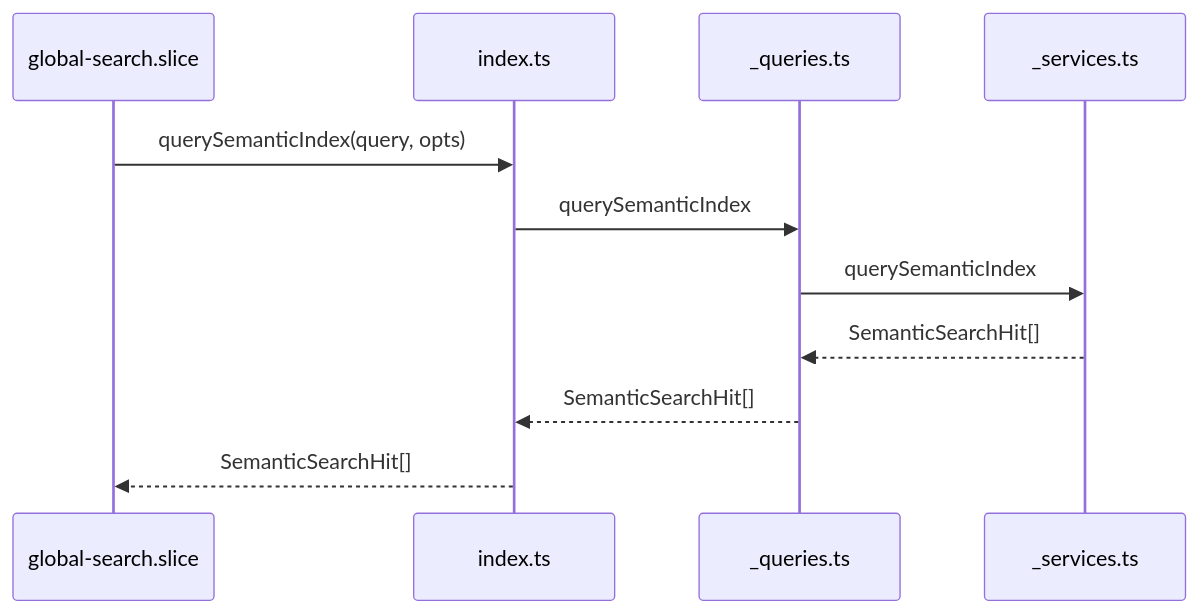
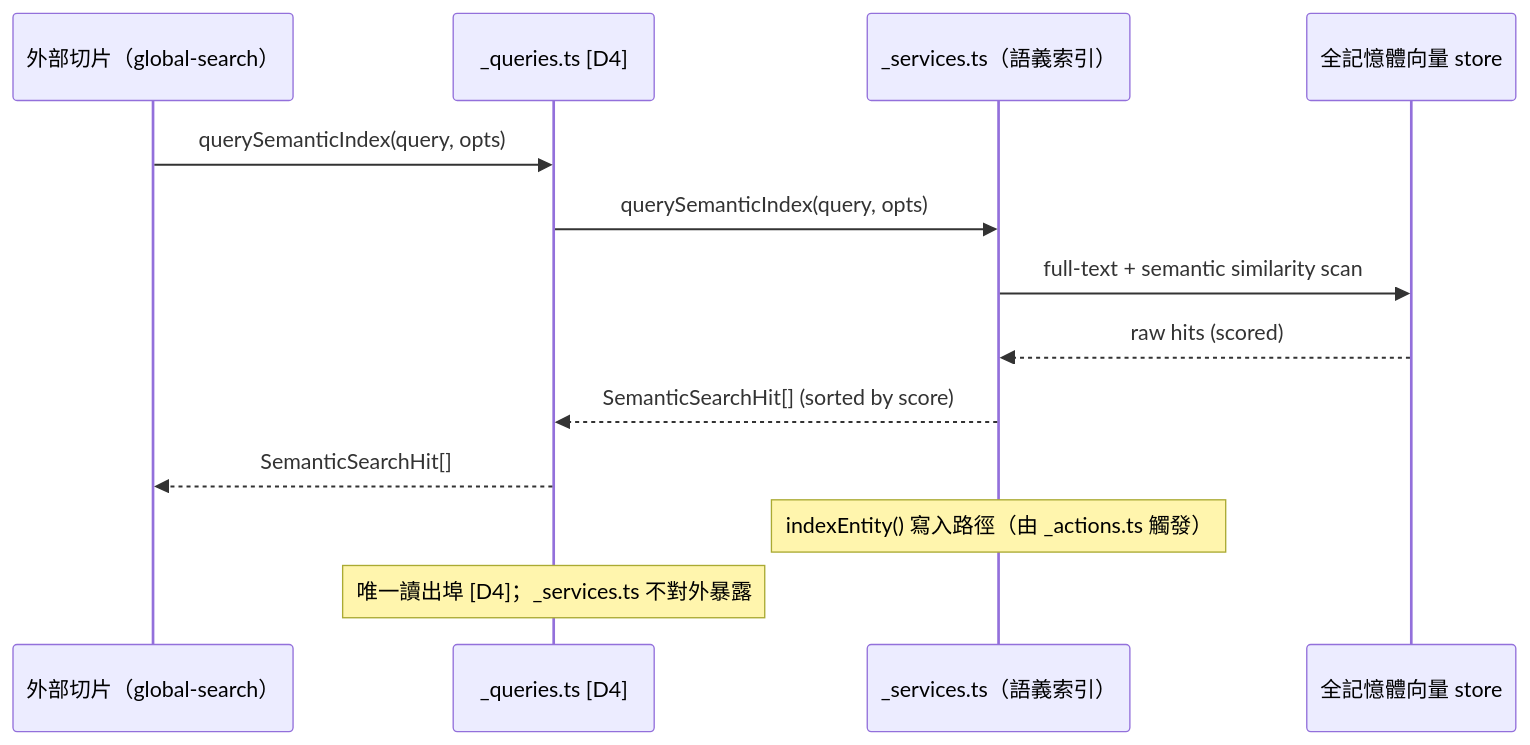
Before and after one commit to 7Spade/Xuanwu: the fourth of 6 diagrams in docs/architecture/03-Slices/VS8-SemanticBrain/architecture-diagrams.md, drawn with Mermaid. The commit also changed other lines of this file and 7 other files, not shown here.

Commit message:
docs(VS8): reframe as Semantic Intelligent Matching Architecture (SIMA) with three-pillar design

````diff
--- a/docs/architecture/03-Slices/VS8-SemanticBrain/architecture-diagrams.md
+++ b/docs/architecture/03-Slices/VS8-SemanticBrain/architecture-diagrams.md
@@ -99,14 +117,17 @@
 ```mermaid
 sequenceDiagram
-  participant GS as global-search.slice
-  participant IDX as index.ts
-  participant QRY as _queries.ts
-  participant SVC as _services.ts
+  participant EXT as 外部切片（global-search）
+  participant QRY as _queries.ts [D4]
+  participant SVC as _services.ts（語義索引）
+  participant IDX as 全記憶體向量 store
 
-  GS->>IDX: querySemanticIndex(query, opts)
-  IDX->>QRY: querySemanticIndex
-  QRY->>SVC: querySemanticIndex
-  SVC-->>QRY: SemanticSearchHit[]
-  QRY-->>IDX: SemanticSearchHit[]
-  IDX-->>GS: SemanticSearchHit[]
+  EXT->>QRY: querySemanticIndex(query, opts)
+  QRY->>SVC: querySemanticIndex(query, opts)
+  SVC->>IDX: full-text + semantic similarity scan
+  IDX-->>SVC: raw hits (scored)
+  SVC-->>QRY: SemanticSearchHit[] (sorted by score)
+  QRY-->>EXT: SemanticSearchHit[]
+
+  Note over SVC: indexEntity() 寫入路徑（由 _actions.ts 觸發）
+  Note over QRY: 唯一讀出埠 [D4]；_services.ts 不對外暴露
 ```
````
